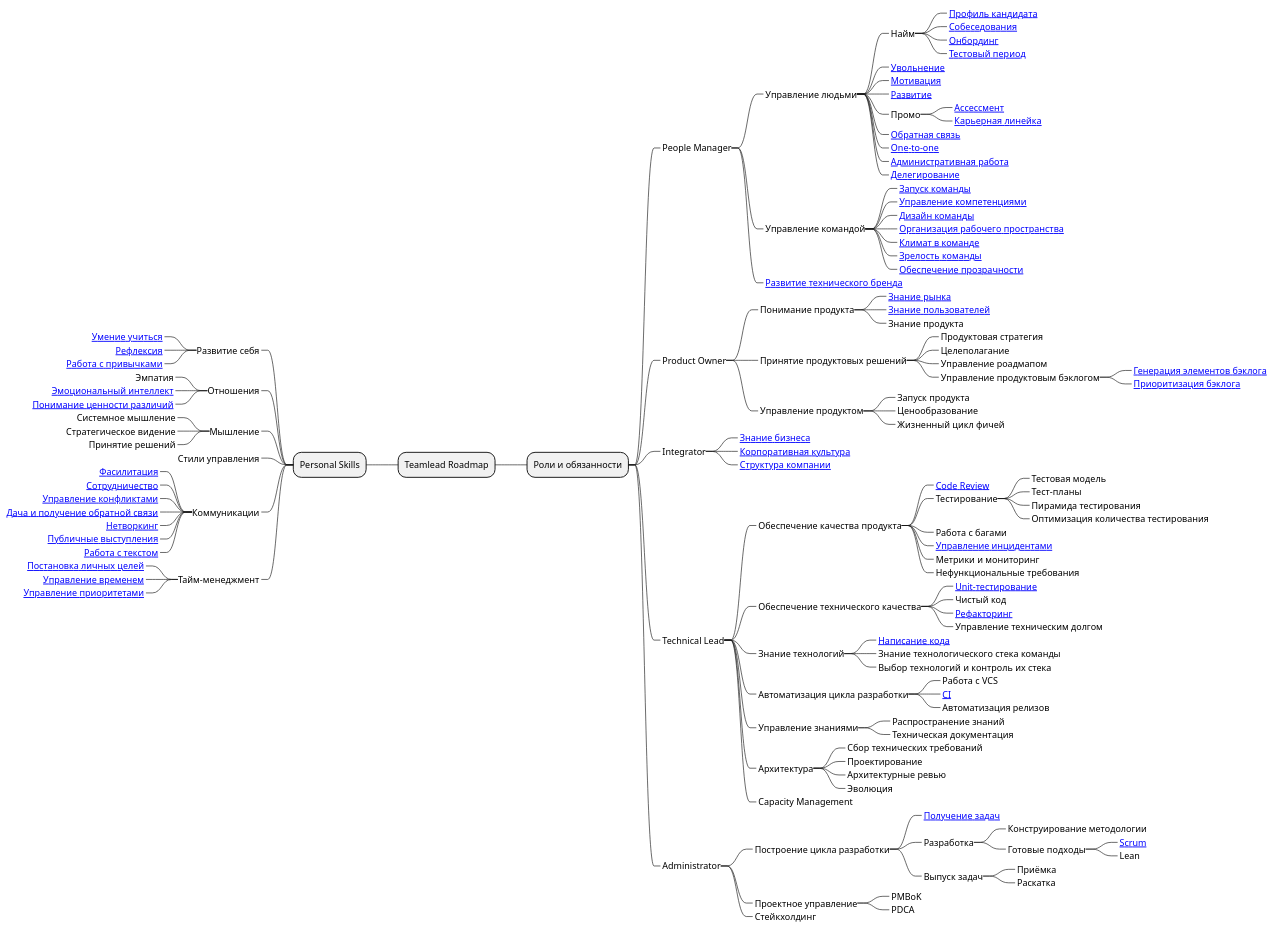
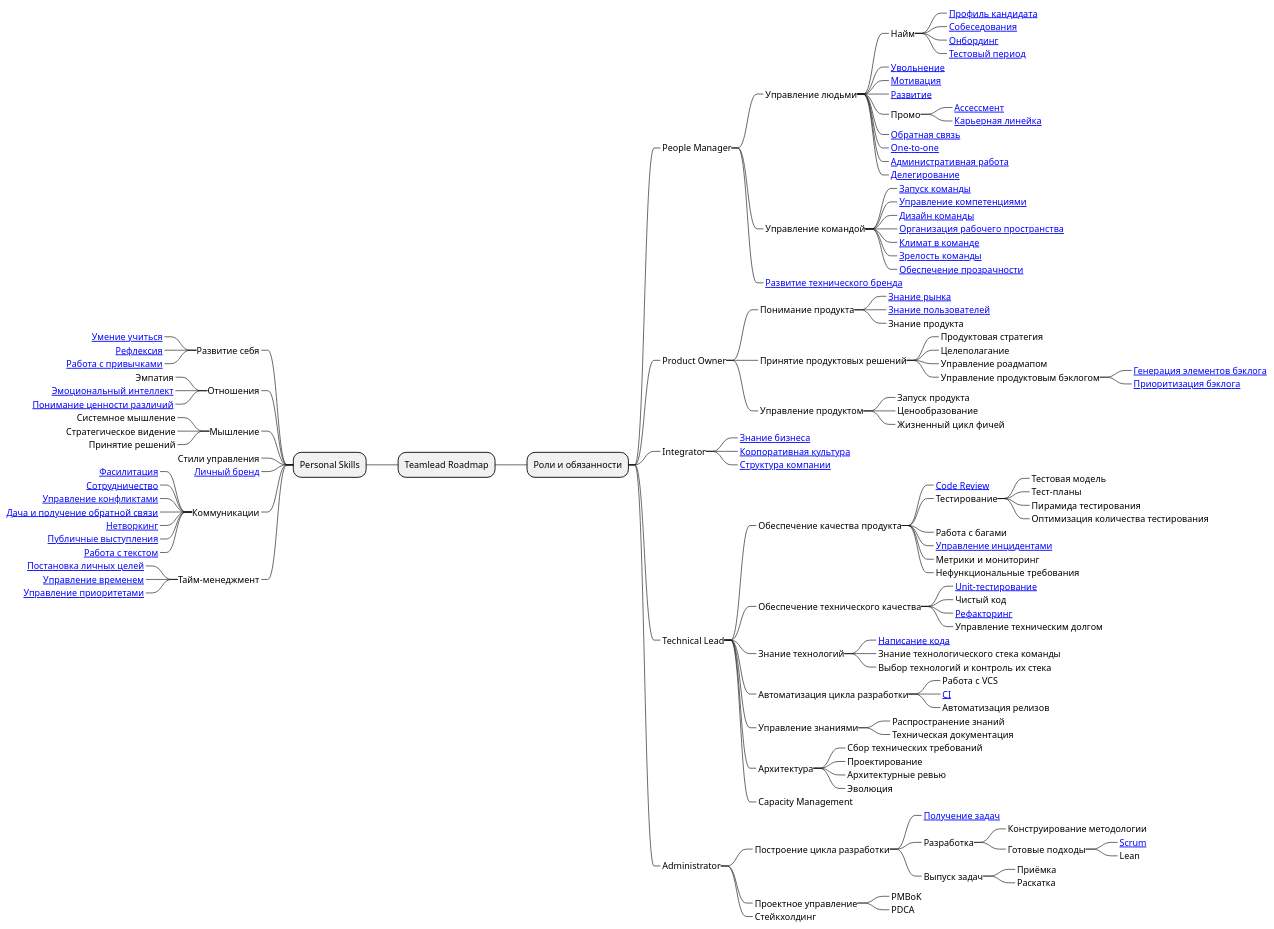
Before and after one commit to tlbootcamp/tlroadmap: the diagram in roadmap.puml, drawn with PlantUML. The commit also changed 5 other files, not shown here.

Commit message:
Описал ветку Личный бренд

```diff
--- a/roadmap.puml
+++ b/roadmap.puml
@@ -1,129 +1,130 @@
 @startmindmap
 * Teamlead Roadmap
 ** Роли и обязанности
 ***_ People Manager
 ****_ Управление людьми
 *****_ Найм
 ******_ [[https://github.com/tlbootcamp/tlroadmap/blob/master/skills/resource-manager/profile.md Профиль кандидата]]
 ******_ [[https://github.com/tlbootcamp/tlroadmap/blob/master/skills/resource-manager/interview.md Собеседования]]
 ******_ [[https://github.com/tlbootcamp/tlroadmap/blob/master/skills/resource-manager/onboarding.md Онбординг]]
 ******_ [[https://github.com/tlbootcamp/tlroadmap/blob/master/skills/resource-manager/test-period.md Тестовый период]]
 *****_ [[https://github.com/tlbootcamp/tlroadmap/blob/master/skills/resource-manager/firing.md Увольнение]]
 *****_ [[https://github.com/tlbootcamp/tlroadmap/blob/master/skills/resource-manager/motivation.md Мотивация]]
 *****_ [[https://github.com/tlbootcamp/tlroadmap/blob/master/skills/resource-manager/development.md Развитие]]
 *****_ Промо
 ******_ [[https://github.com/tlbootcamp/tlroadmap/blob/master/skills/resource-manager/assessment.md Ассессмент]]
 ******_ [[https://github.com/tlbootcamp/tlroadmap/blob/master/skills/resource-manager/career.md Карьерная линейка]]
 *****_ [[https://github.com/tlbootcamp/tlroadmap/blob/master/skills/resource-manager/feedback.md Обратная связь]]
 *****_ [[https://github.com/tlbootcamp/tlroadmap/blob/master/skills/resource-manager/one-to-one.md One-to-one]]
 *****_ [[https://github.com/tlbootcamp/tlroadmap/blob/master/skills/resource-manager/admin.md Административная работа]]
 *****_ [[https://github.com/tlbootcamp/tlroadmap/blob/master/skills/resource-manager/delegation.md Делегирование]]
 ****_ Управление командой
 *****_ [[https://github.com/tlbootcamp/tlroadmap/blob/master/skills/resource-manager/team-launch.md Запуск команды]]
 *****_ [[https://github.com/tlbootcamp/tlroadmap/blob/master/skills/resource-manager/competency-management.md Управление компетенциями]]
 *****_ [[https://github.com/tlbootcamp/tlroadmap/blob/master/skills/resource-manager/team-design.md Дизайн команды]]
 *****_ [[https://github.com/tlbootcamp/tlroadmap/blob/master/skills/resource-manager/workspace.md Организация рабочего пространства]]
 *****_ [[https://github.com/tlbootcamp/tlroadmap/blob/master/skills/resource-manager/team-climate.md Климат в команде]]
 *****_ [[https://github.com/tlbootcamp/tlroadmap/blob/master/skills/resource-manager/team-maturity.md Зрелость команды]]
 *****_ [[https://github.com/tlbootcamp/tlroadmap/blob/master/skills/resource-manager/transparency.md Обеспечение прозрачности]]
 ****_ [[https://github.com/tlbootcamp/tlroadmap/blob/master/skills/resource-manager/techpr.md Развитие технического бренда]]
 ***_ Product Owner
 ****_ Понимание продукта
 *****_ [[https://github.com/tlbootcamp/tlroadmap/blob/master/skills/product-owner/market-knowledge.md Знание рынка]]
 *****_ [[https://github.com/tlbootcamp/tlroadmap/blob/master/skills/product-owner/user-knowledge.md Знание пользователей]]
 *****_ Знание продукта
 ****_ Принятие продуктовых решений
 *****_ Продуктовая стратегия
 *****_ Целеполагание
 *****_ Управление роадмапом
 *****_ Управление продуктовым бэклогом
 ******_ [[https://github.com/tlbootcamp/tlroadmap/blob/master/skills/product-owner/backlog-generation.md Генерация элементов бэклога]]
 ******_ [[https://github.com/tlbootcamp/tlroadmap/blob/master/skills/product-owner/backlog-prioritization.md Приоритизация бэклога]]
 ****_ Управление продуктом
 *****_ Запуск продукта
 *****_ Ценообразование
 *****_ Жизненный цикл фичей
 ***_ Integrator
 ****_ [[https://github.com/tlbootcamp/tlroadmap/blob/master/skills/integrator/business-knowledge.md Знание бизнеса]]
 ****_ [[https://github.com/tlbootcamp/tlroadmap/blob/master/skills/integrator/corporate-culture.md Корпоративная культура]]
 ****_ [[https://github.com/tlbootcamp/tlroadmap/blob/master/skills/integrator/company-structure.md Структура компании]]
 ***_ Technical Lead
 ****_ Обеспечение качества продукта
 *****_ [[https://github.com/tlbootcamp/tlroadmap/blob/master/skills/technical-lead/code-review.md Code Review]]
 *****_ Тестирование
 ******_ Тестовая модель
 ******_ Тест-планы
 ******_ Пирамида тестирования
 ******_ Оптимизация количества тестирования
 *****_ Работа с багами
 *****_ [[https://github.com/tlbootcamp/tlroadmap/blob/master/skills/technical-lead/incident-management.md Управление инцидентами]]
 *****_ Метрики и мониторинг
 *****_ Нефункциональные требования
 ****_ Обеспечение технического качества
 *****_ [[https://github.com/tlbootcamp/tlroadmap/blob/master/skills/technical-lead/unit-testing.md Unit-тестирование]]
 *****_ Чистый код
 *****_ [[https://github.com/tlbootcamp/tlroadmap/blob/master/skills/technical-lead/refactoring.md Рефакторинг]]
 *****_ Управление техническим долгом
 ****_ Знание технологий
 *****_ [[https://github.com/tlbootcamp/tlroadmap/blob/master/skills/technical-lead/code.md Написание кода]]
 *****_ Знание технологического стека команды
 *****_ Выбор технологий и контроль их стека
 ****_ Автоматизация цикла разработки
 *****_ Работа с VCS
 *****_ [[https://github.com/tlbootcamp/tlroadmap/blob/master/skills/technical-lead/ci.md CI]]
 *****_ Автоматизация релизов
 ****_ Управление знаниями
 *****_ Распространение знаний
 *****_ Техническая документация
 ****_ Архитектура
 *****_ Сбор технических требований
 *****_ Проектирование
 *****_ Архитектурные ревью
 *****_ Эволюция
 ****_ Capacity Management
 ***_ Administrator
 ****_ Построение цикла разработки
 *****_ [[https://github.com/tlbootcamp/tlroadmap/blob/master/skills/administrator/task-inbox.md Получение задач]]
 *****_ Разработка
 ******_ Конструирование методологии
 ******_ Готовые подходы
 *******_ [[https://github.com/tlbootcamp/tlroadmap/blob/master/skills/administrator/scrum.md Scrum]]
 *******_ Lean
 *****_ Выпуск задач
 ******_ Приёмка
 ******_ Раскатка
 ****_ Проектное управление
 *****_ PMBoK
 *****_ PDCA
 ****_ Стейкхолдинг
 
 left side
 
 ** Personal Skills
 ***_ Развитие себя
 ****_ [[https://github.com/tlbootcamp/tlroadmap/blob/master/skills/self-improvement/learning.md Умение учиться]]
 ****_ [[https://github.com/tlbootcamp/tlroadmap/blob/master/skills/self-improvement/reflection.md Рефлексия]]
 ****_ [[https://github.com/tlbootcamp/tlroadmap/blob/master/skills/self-improvement/habits.md Работа с привычками]]
 ***_ Отношения
 ****_ Эмпатия
 ****_ [[https://github.com/tlbootcamp/tlroadmap/blob/master/skills/self-improvement/emotional-intelligence.md Эмоциональный интеллект]]
 ****_ [[https://github.com/tlbootcamp/tlroadmap/blob/master/skills/self-improvement/diversity.md Понимание ценности различий]]
 ***_ Мышление
 ****_ Системное мышление
 ****_ Стратегическое видение
 ****_ Принятие решений
 ***_ Стили управления
+***_ [[https://github.com/tlbootcamp/tlroadmap/blob/master/skills/self-improvement/personal-brand.md Личный бренд]]
 ***_ Коммуникации
 ****_ [[https://github.com/tlbootcamp/tlroadmap/blob/master/skills/self-improvement/facilitation.md Фасилитация]]
 ****_ [[https://github.com/tlbootcamp/tlroadmap/blob/master/skills/self-improvement/cooperation.md Сотрудничество]]
 ****_ [[https://github.com/tlbootcamp/tlroadmap/blob/master/skills/self-improvement/conflicts.md Управление конфликтами]]
 ****_ [[https://github.com/tlbootcamp/tlroadmap/blob/master/skills/self-improvement/feedback.md Дача и получение обратной связи]]
 ****_ [[https://github.com/tlbootcamp/tlroadmap/blob/master/skills/self-improvement/networking.md Нетворкинг]]
 ****_ [[https://github.com/tlbootcamp/tlroadmap/blob/master/skills/self-improvement/public-speaking.md Публичные выступления]]
 ****_ [[https://github.com/tlbootcamp/tlroadmap/blob/master/skills/self-improvement/text.md Работа с текстом]]
 ***_ Тайм-менеджмент
 ****_ [[https://github.com/tlbootcamp/tlroadmap/blob/master/skills/self-improvement/goal-setting.md Постановка личных целей]]
 ****_ [[https://github.com/tlbootcamp/tlroadmap/blob/master/skills/self-improvement/time-management.md Управление временем]]
 ****_ [[https://github.com/tlbootcamp/tlroadmap/blob/master/skills/self-improvement/prioritization.md Управление приоритетами]]
 
 @endmindmap
```
